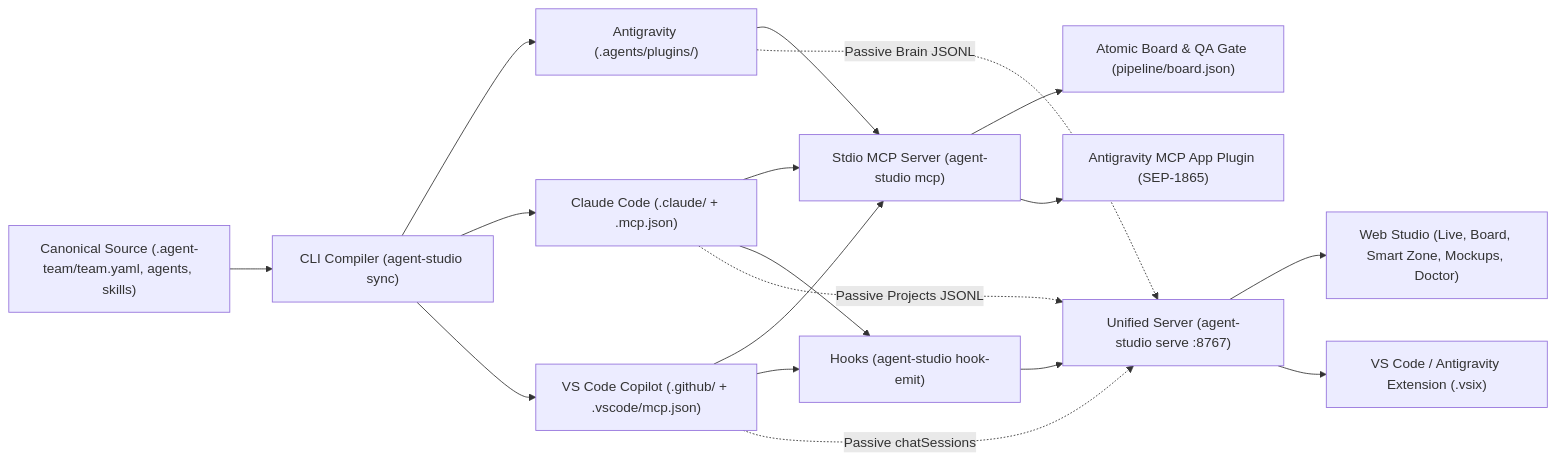
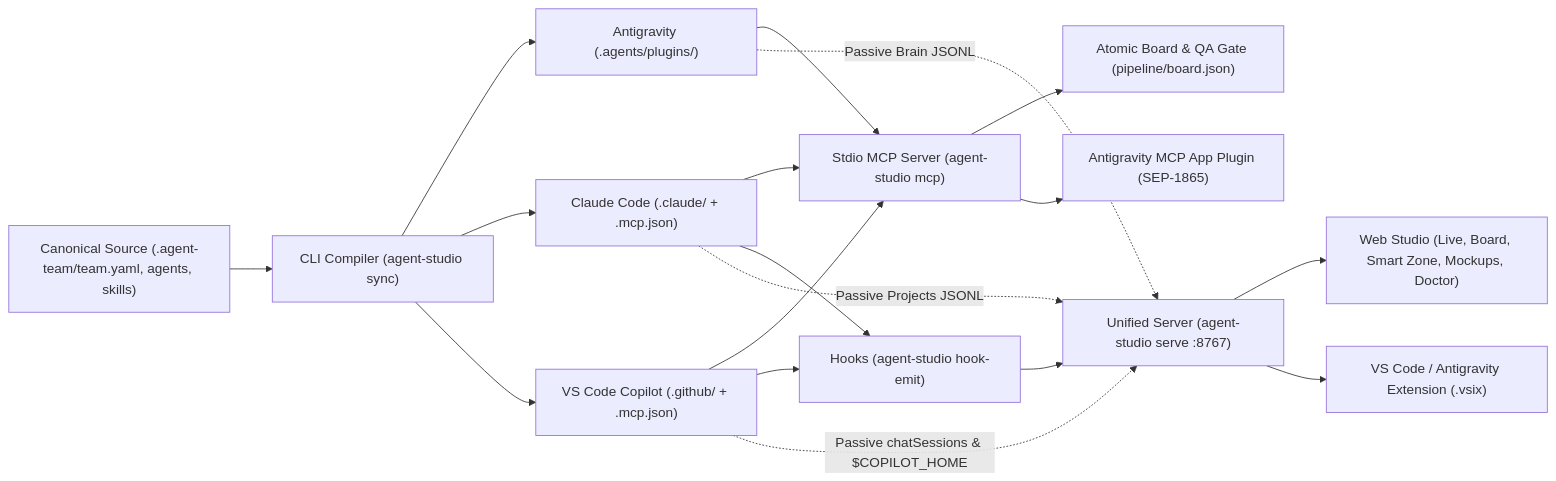
One commit to jakehesson/agent-studio changed the diagram in README.md. Above: the diagram before and after it, drawn with Mermaid. The commit also changed other lines of this file and 172 other files, not shown here.

First line of the commit message:
feat(release): v0.14.0 — VS Code Copilot harness conformance & customization-preserving upgrades

````diff
--- a/README.md
+++ b/README.md
@@ -94,23 +98,23 @@
 ```mermaid
 flowchart LR
   Src["Canonical Source (.agent-team/team.yaml, agents, skills)"] --> Sync["CLI Compiler (agent-studio sync)"]
   Sync --> AGY["Antigravity (.agents/plugins/)"]
   Sync --> CC["Claude Code (.claude/ + .mcp.json)"]
-  Sync --> VSC["VS Code Copilot (.github/ + .vscode/mcp.json)"]
+  Sync --> VSC["VS Code Copilot (.github/ + .mcp.json)"]
 
   AGY --> MCP["Stdio MCP Server (agent-studio mcp)"]
   CC --> MCP
   VSC --> MCP
   CC --> Hooks["Hooks (agent-studio hook-emit)"]
   VSC --> Hooks
 
   MCP --> Board["Atomic Board & QA Gate (pipeline/board.json)"]
   Hooks --> Studio["Unified Server (agent-studio serve :8767)"]
   AGY -. "Passive Brain JSONL" .-> Studio
   CC -. "Passive Projects JSONL" .-> Studio
-  VSC -. "Passive chatSessions" .-> Studio
+  VSC -. "Passive chatSessions & $COPILOT_HOME" .-> Studio
 
   Studio --> Web["Web Studio (Live, Board, Smart Zone, Mockups, Doctor)"]
   Studio --> Ext["VS Code / Antigravity Extension (.vsix)"]
   MCP --> Plugin["Antigravity MCP App Plugin (SEP-1865)"]
 ```
````
